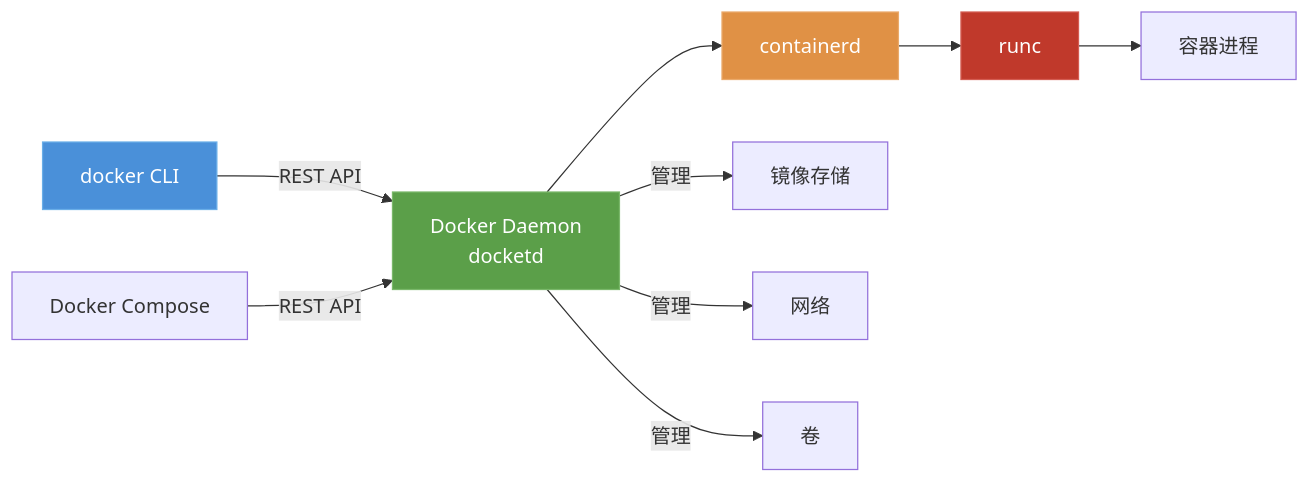
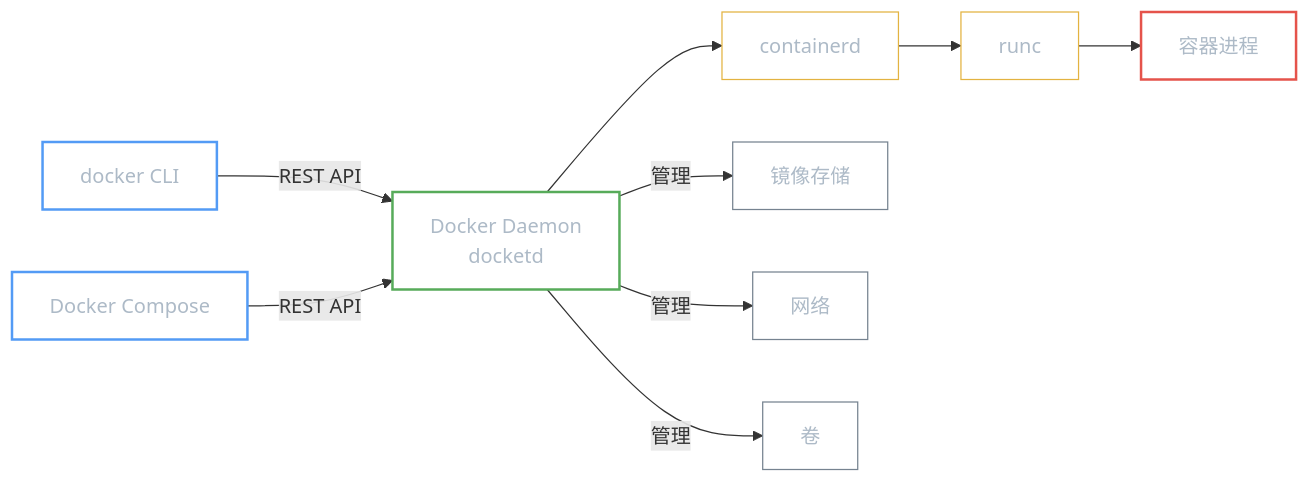
The first of 3 diagrams in docs/topic/docker/basics/index.md (luguosong/programming-notes), drawn with Mermaid before and after one commit. The commit also changed other lines of this file and 8 other files, not shown here.

First line of the commit message:
style: Mermaid 浅/深色模式适配，更新 Docker/OAuth 文档，新增发音练习

````diff
--- a/docs/topic/docker/basics/index.md
+++ b/docs/topic/docker/basics/index.md
@@ -7,15 +7,21 @@
 ``` mermaid
 graph LR
     CLI[docker CLI] -->|REST API| D[Docker Daemon<br>docketd]
     Compose["Docker Compose"] -->|REST API| D
     D --> C[containerd]
     C --> R[runc]
     R --> Container[容器进程]
     D --> |管理| Images[镜像存储]
     D --> |管理| Networks[网络]
     D --> |管理| Volumes[卷]
-    style CLI fill:#4A90D9,stroke:#6aaee8,color:#fff
-    style D fill:#5B9F49,stroke:#7ab86a,color:#fff
-    style C fill:#E09145,stroke:#eaaa6b,color:#fff
-    style R fill:#C0392B,stroke:#d45d52,color:#fff
+    classDef client fill:transparent,stroke:#539bf5,color:#adbac7,stroke-width:2px
+    classDef engine fill:transparent,stroke:#57ab5a,color:#adbac7,stroke-width:2px
+    classDef runtime fill:transparent,stroke:#e3b341,color:#adbac7,stroke-width:1px
+    classDef process fill:transparent,stroke:#e5534b,color:#adbac7,stroke-width:2px
+    classDef resource fill:transparent,stroke:#768390,color:#adbac7,stroke-width:1px
+    class CLI,Compose client
+    class D engine
+    class C,R runtime
+    class Container process
+    class Images,Networks,Volumes resource
 ```
````
